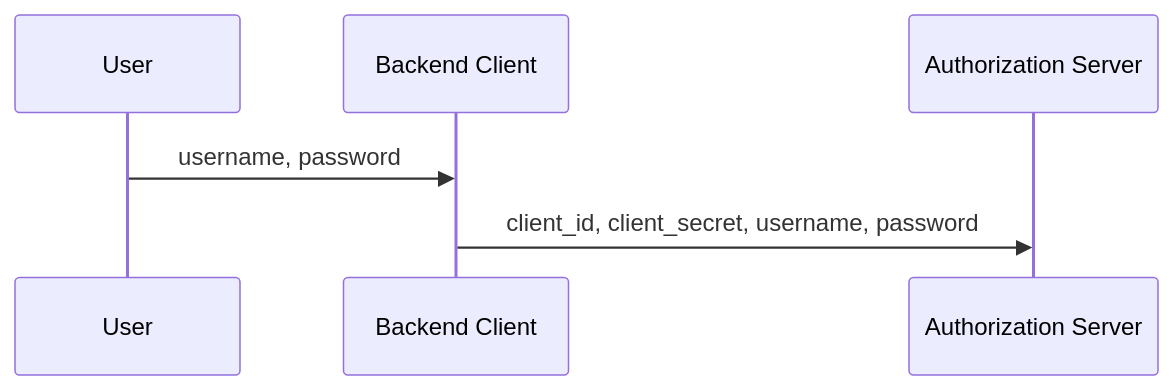
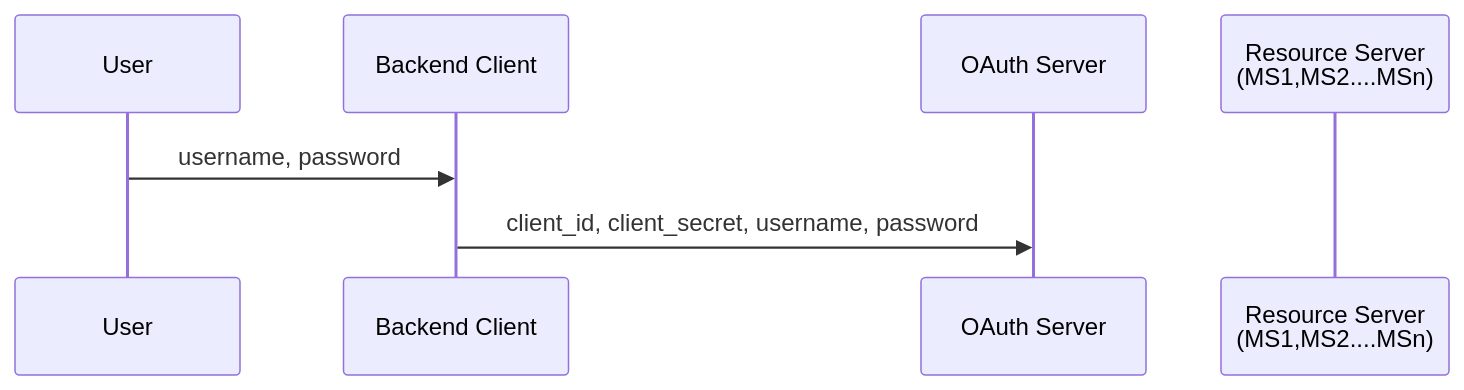
One commit to Rubi-raj/Notes changed the diagram in OAuth.md. Above: the diagram before and after it, drawn with Mermaid.

Commit message:
Rename Authorization Server to OAuth Server

````diff
--- a/OAuth.md
+++ b/OAuth.md
@@ -3,8 +3,9 @@
 ```mermaid
 sequenceDiagram
 participant u as User
 participant ag as Backend Client
-participant sas as Authorization Server
+participant sas as OAuth Server
+participant rs as Resource Server<br>(MS1,MS2....MSn)
 u->>ag: username, password
 ag->>sas: client_id, client_secret, username, password
 ```
````
